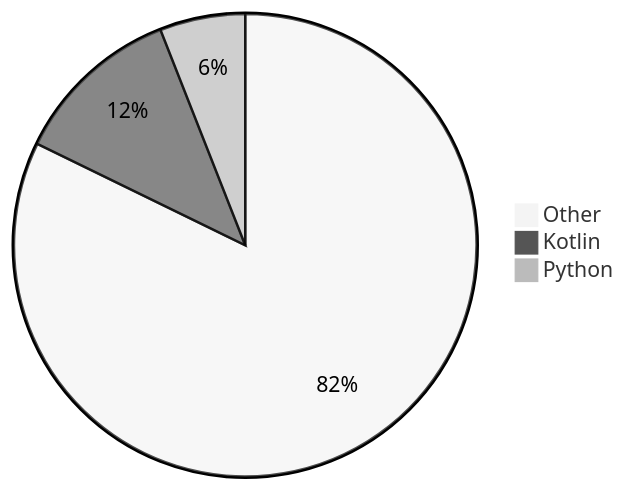
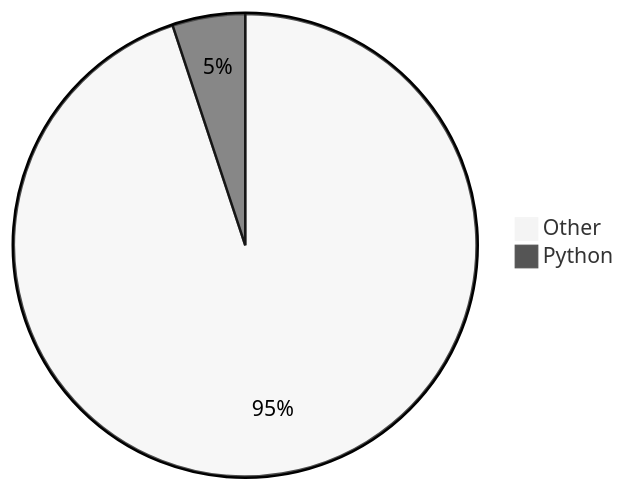
The diagram in README.md (Alicia111/alicia111), drawn with Mermaid (neutral theme) before and after one commit.

Commit message:
Update WakaTime stats (・ω・)b

````diff
--- a/README.md
+++ b/README.md
@@ -32,6 +32,5 @@
 ```mermaid
 pie
-    "Other" : 82.22
-    "Kotlin" : 11.81
-    "Python" : 5.97
+    "Other" : 94.92
+    "Python" : 5.08
 ```
````
